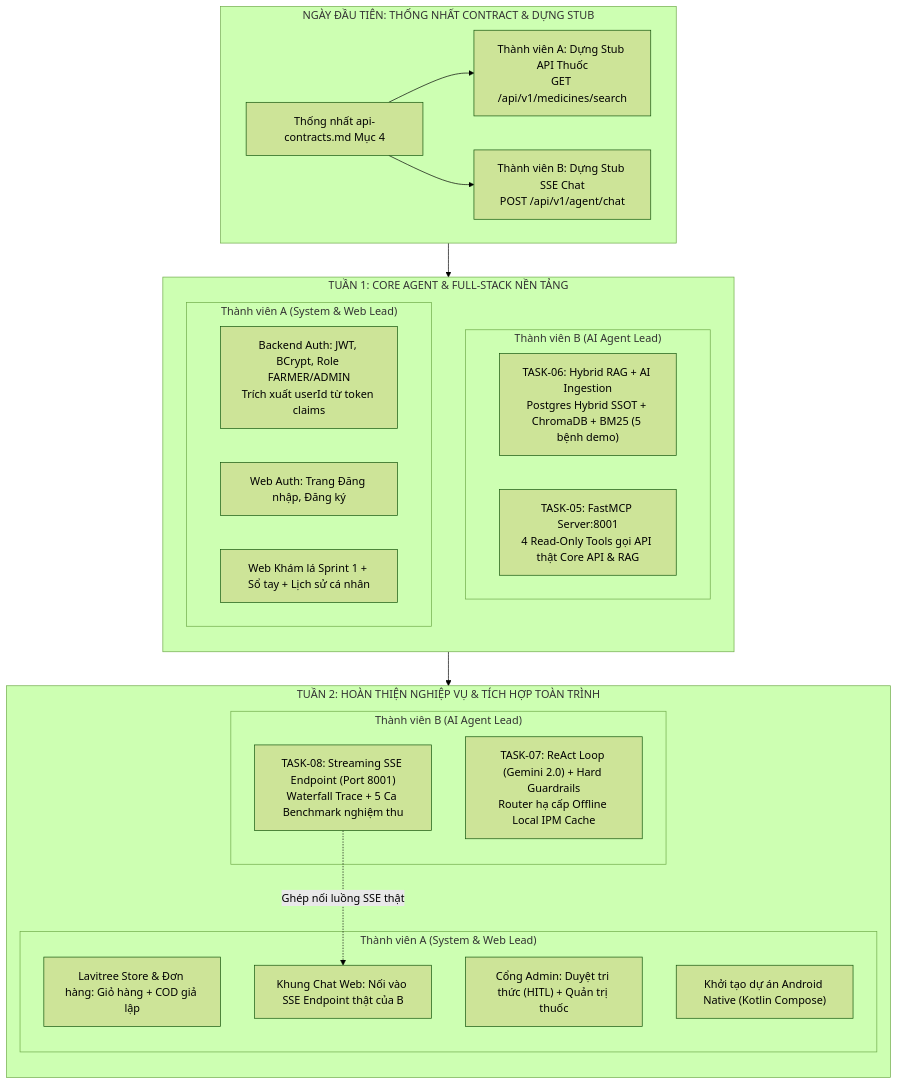
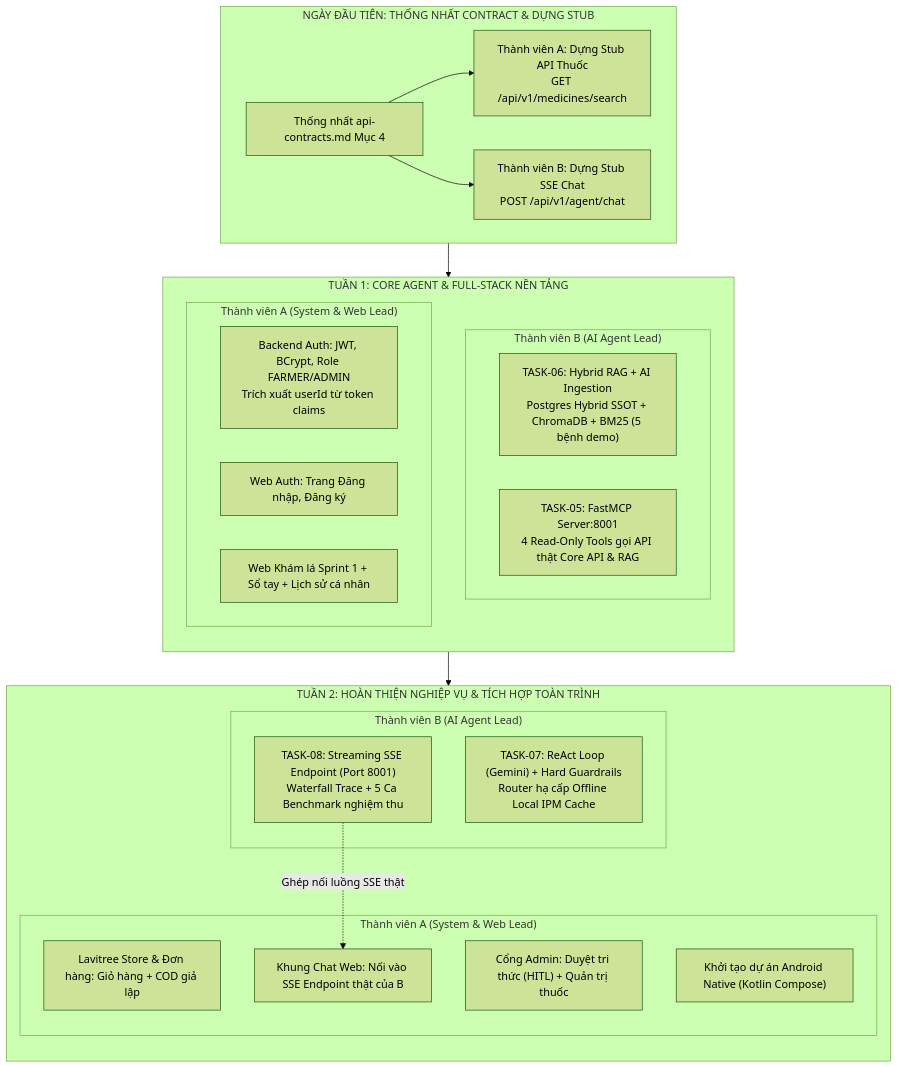
One commit to duanhap/LAVITREE changed the diagram in docs/planning/sprint-02.md. Above: the diagram before and after it, drawn with Mermaid (forest theme). The commit also changed other lines of this file and 23 other files, not shown here.

````diff
--- a/docs/planning/sprint-02.md
+++ b/docs/planning/sprint-02.md
@@ -44,41 +44,41 @@
 ```mermaid
 flowchart TD
     subgraph Day1["NGÀY ĐẦU TIÊN: THỐNG NHẤT CONTRACT & DỰNG STUB"]
         D1["Thống nhất api-contracts.md Mục 4"]
         SA["Thành viên A: Dựng Stub API Thuốc<br/>GET /api/v1/medicines/search"]
         SB["Thành viên B: Dựng Stub SSE Chat<br/>POST /api/v1/agent/chat"]
         D1 --> SA
         D1 --> SB
     end
 
     subgraph Week1["TUẦN 1: CORE AGENT & FULL-STACK NỀN TẢNG"]
         direction TB
         subgraph TrackB_W1["Thành viên B (AI Agent Lead)"]
             B1["TASK-06: Hybrid RAG + AI Ingestion<br/>Postgres Hybrid SSOT + ChromaDB + BM25 (5 bệnh demo)"]
             B2["TASK-05: FastMCP Server:8001<br/>4 Read-Only Tools gọi API thật Core API & RAG"]
         end
         subgraph TrackA_W1["Thành viên A (System & Web Lead)"]
             A1["Backend Auth: JWT, BCrypt, Role FARMER/ADMIN<br/>Trích xuất userId từ token claims"]
             A2["Web Auth: Trang Đăng nhập, Đăng ký"]
             A3["Web Khám lá Sprint 1 + Sổ tay + Lịch sử cá nhân"]
         end
     end
 
     subgraph Week2["TUẦN 2: HOÀN THIỆN NGHIỆP VỤ & TÍCH HỢP TOÀN TRÌNH"]
         direction TB
         subgraph TrackB_W2["Thành viên B (AI Agent Lead)"]
-            B3["TASK-07: ReAct Loop (Gemini 2.0) + Hard Guardrails<br/>Router hạ cấp Offline Local IPM Cache"]
+            B3["TASK-07: ReAct Loop (Gemini) + Hard Guardrails<br/>Router hạ cấp Offline Local IPM Cache"]
             B4["TASK-08: Streaming SSE Endpoint (Port 8001)<br/>Waterfall Trace + 5 Ca Benchmark nghiệm thu"]
         end
         subgraph TrackA_W2["Thành viên A (System & Web Lead)"]
             A4["Lavitree Store & Đơn hàng: Giỏ hàng + COD giả lập"]
             A5["Cổng Admin: Duyệt tri thức (HITL) + Quản trị thuốc"]
             A6["Khung Chat Web: Nối vào SSE Endpoint thật của B"]
             A7["Khởi tạo dự án Android Native (Kotlin Compose)"]
         end
     end
 
     Day1 --> Week1
     Week1 --> Week2
     B4 -.->|Ghép nối luồng SSE thật| A6
 ```
````
